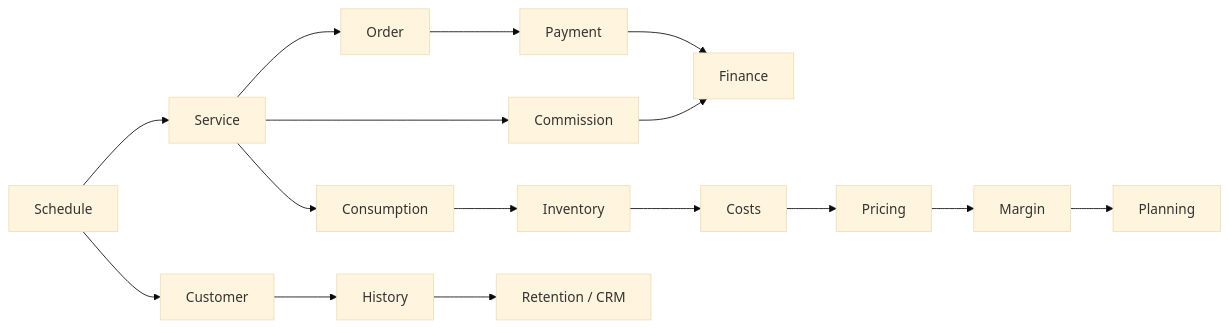
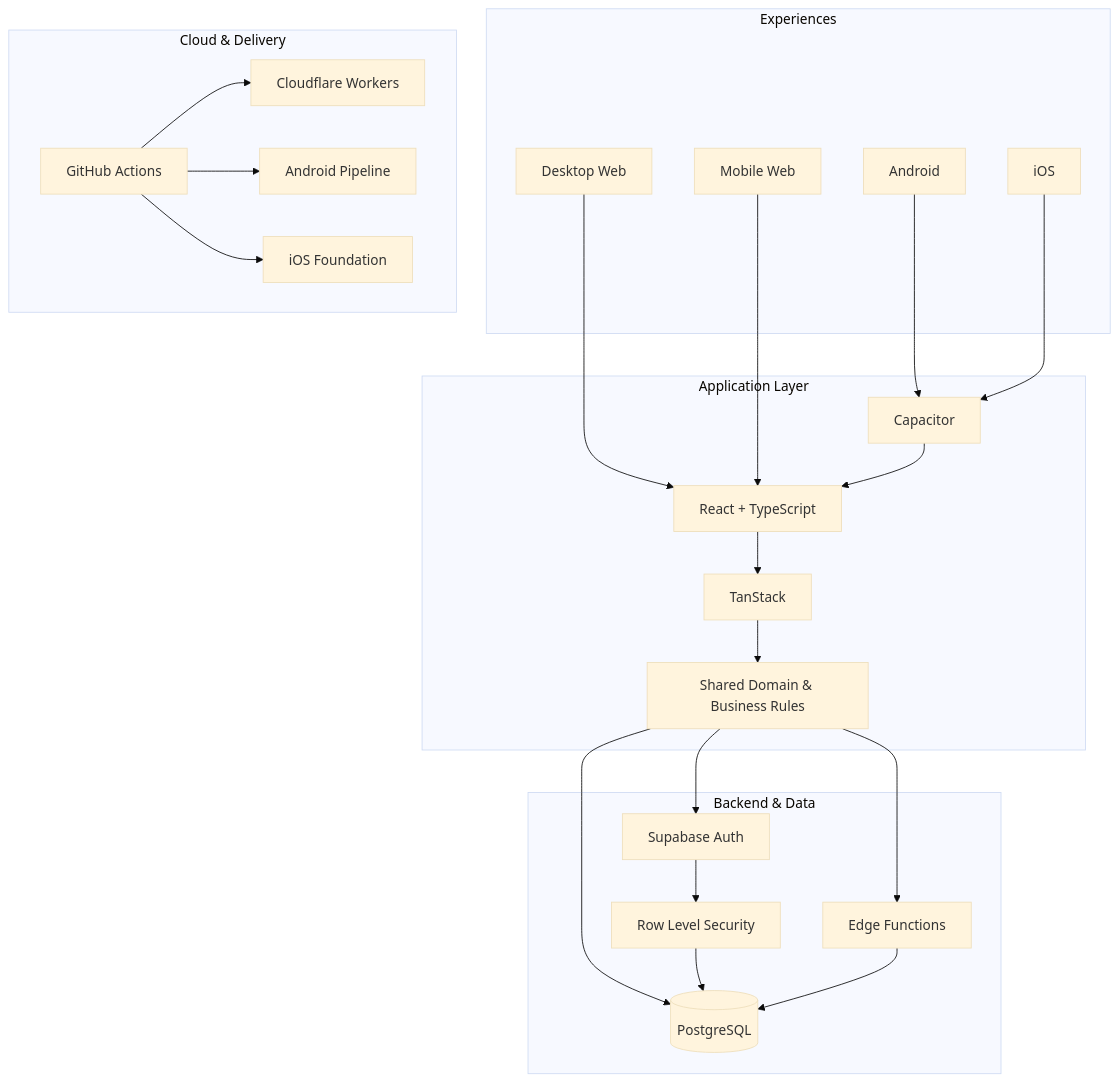
One commit to Inosuke-Company/Inosuke-Company changed the diagram in README.en.md. Above: the diagram before and after it, drawn with Mermaid (base theme). The commit also changed other lines of this file, not shown here.

````diff
--- a/README.en.md
+++ b/README.en.md
@@ -71,18 +55,43 @@
 ```mermaid
-flowchart LR
-    A[Schedule] --> B[Service]
-    B --> C[Order]
-    C --> D[Payment]
-    D --> E[Finance]
-    B --> F[Consumption]
-    F --> G[Inventory]
-    G --> H[Costs]
-    B --> I[Commission]
-    I --> E
-    A --> J[Customer]
-    J --> K[History]
-    K --> L[Retention / CRM]
-    H --> M[Pricing]
-    M --> N[Margin]
-    N --> O[Planning]
+flowchart TB
+    subgraph Experience[Experiences]
+        WEB[Desktop Web]
+        MOBILE[Mobile Web]
+        ANDROID[Android]
+        IOS[iOS]
+    end
+    subgraph Application[Application Layer]
+        REACT[React + TypeScript]
+        ROUTER[TanStack]
+        DOMAIN[Shared Domain & Business Rules]
+        CAP[Capacitor]
+    end
+    subgraph Data[Backend & Data]
+        AUTH[Supabase Auth]
+        EDGE[Edge Functions]
+        RLS[Row Level Security]
+        DB[(PostgreSQL)]
+    end
+    subgraph Delivery[Cloud & Delivery]
+        CF[Cloudflare Workers]
+        GH[GitHub Actions]
+        APK[Android Pipeline]
+        IOSPIPE[iOS Foundation]
+    end
+    WEB --> REACT
+    MOBILE --> REACT
+    ANDROID --> CAP
+    IOS --> CAP
+    CAP --> REACT
+    REACT --> ROUTER
+    ROUTER --> DOMAIN
+    DOMAIN --> AUTH
+    DOMAIN --> EDGE
+    DOMAIN --> DB
+    AUTH --> RLS
+    RLS --> DB
+    EDGE --> DB
+    GH --> CF
+    GH --> APK
+    GH --> IOSPIPE
 ```
````
